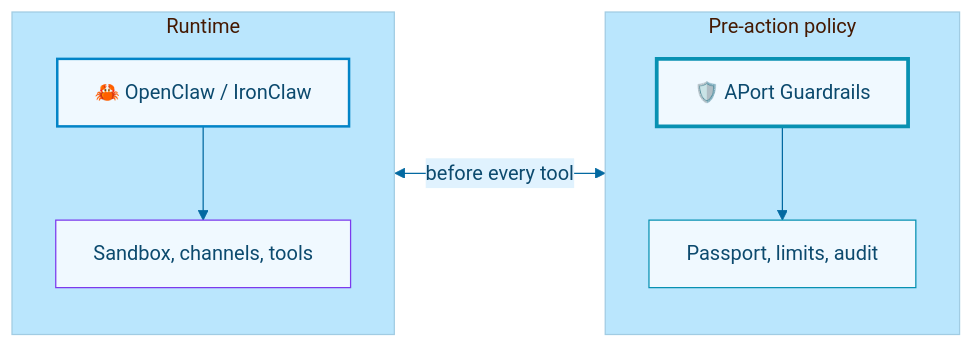
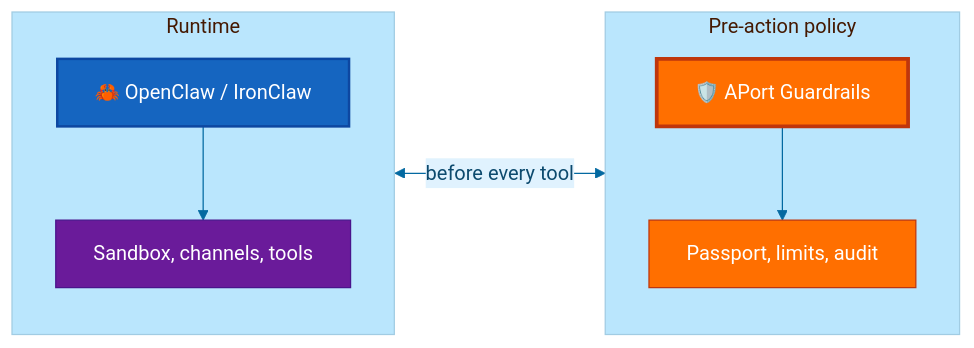
The fourth of 5 diagrams in README.md (aporthq/aport-agent-guardrails), drawn with Mermaid before and after one commit. The commit also changed other lines of this file and 3 other files, not shown here.

Commit message:
Release 1.0.6: README mermaid colors from issue #2022, version and changelog

````diff
--- a/README.md
+++ b/README.md
@@ -365,19 +365,19 @@
 ```mermaid
 %%{init: {'theme':'base', 'themeVariables': {'primaryColor':'#f0f9ff','primaryTextColor':'#0c4a6e','primaryBorderColor':'#0284c7','lineColor':'#0369a1','secondaryColor':'#e0f2fe','tertiaryColor':'#bae6fd'}}}%%
 flowchart LR
   subgraph Runtime["Runtime"]
     OC[🦀 OpenClaw / IronClaw]
     S[Sandbox, channels, tools]
     OC --> S
   end
   subgraph Policy["Pre-action policy"]
     AP[🛡️ APort Guardrails]
     P[Passport, limits, audit]
     AP --> P
   end
   Runtime <-->|before every tool| Policy
-  style OC stroke:#0284c7,stroke-width:2px
-  style S stroke:#7c3aed,stroke-width:1px
-  style AP stroke:#0891b2,stroke-width:3px
-  style P stroke:#0891b2,stroke-width:1px
+  style OC fill:#1565c0,stroke:#0d47a1,stroke-width:2px,color:#fff
+  style S fill:#6a1b9a,stroke:#4a148c,stroke-width:1px,color:#fff
+  style AP fill:#ff6f00,stroke:#bf360c,stroke-width:3px,color:#fff
+  style P fill:#ff6f00,stroke:#bf360c,stroke-width:1px,color:#fff
 ```
````
